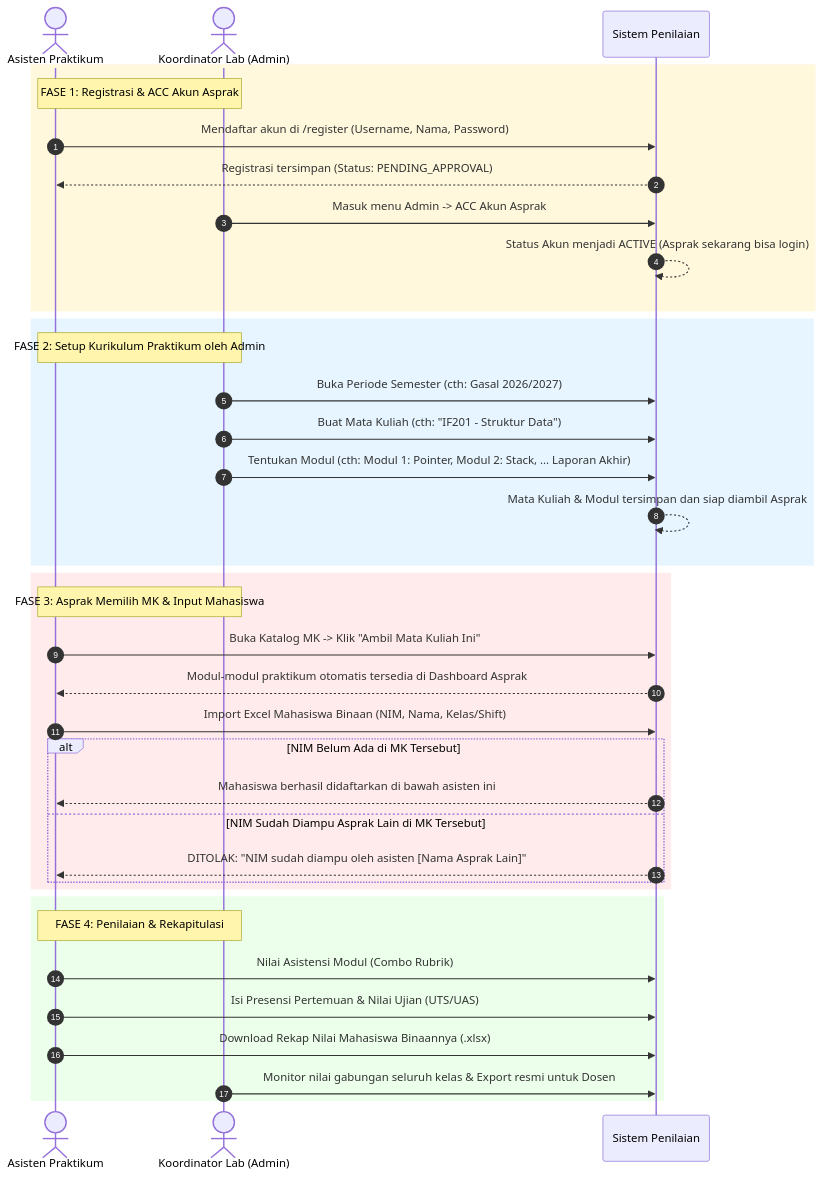
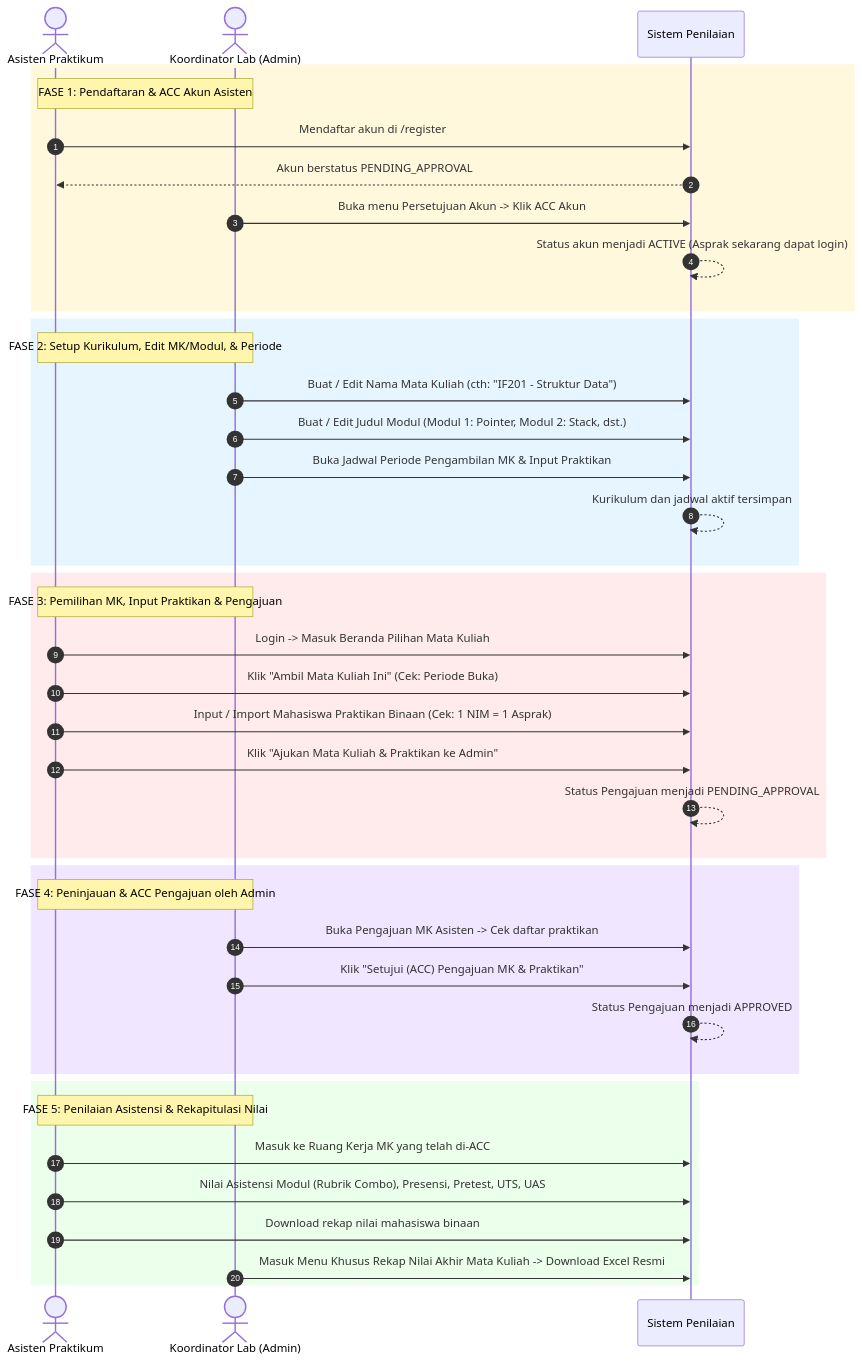
One commit to muhammadyusri121/penilaian_asistensi changed the diagram in PRD.md. Above: the diagram before and after it, drawn with Mermaid. The commit also changed other lines of this file and 39 other files, not shown here.

````diff
--- a/PRD.md
+++ b/PRD.md
@@ -73,47 +99,52 @@
 ```mermaid
 sequenceDiagram
     autonumber
     actor Asprak as Asisten Praktikum
     actor Admin as Koordinator Lab (Admin)
     participant App as Sistem Penilaian
 
-    %% FASE 1
+    %% FASE 1: Registrasi Akun
     rect rgb(255, 248, 220)
-    Note over Asprak,Admin: FASE 1: Registrasi & ACC Akun Asprak
-    Asprak->>App: Mendaftar akun di /register (Username, Nama, Password)
-    App-->>Asprak: Registrasi tersimpan (Status: PENDING_APPROVAL)
-    Admin->>App: Masuk menu Admin -> ACC Akun Asprak
-    App-->>App: Status Akun menjadi ACTIVE (Asprak sekarang bisa login)
+    Note over Asprak,Admin: FASE 1: Pendaftaran & ACC Akun Asisten
+    Asprak->>App: Mendaftar akun di /register
+    App-->>Asprak: Akun berstatus PENDING_APPROVAL
+    Admin->>App: Buka menu Persetujuan Akun -> Klik ACC Akun
+    App-->>App: Status akun menjadi ACTIVE (Asprak sekarang dapat login)
     end
 
-    %% FASE 2
+    %% FASE 2: Kurikulum & Periode oleh Admin
     rect rgb(230, 245, 255)
-    Note over Asprak,Admin: FASE 2: Setup Kurikulum Praktikum oleh Admin
-    Admin->>App: Buka Periode Semester (cth: Gasal 2026/2027)
-    Admin->>App: Buat Mata Kuliah (cth: "IF201 - Struktur Data")
-    Admin->>App: Tentukan Modul (cth: Modul 1: Pointer, Modul 2: Stack, ... Laporan Akhir)
-    App-->>App: Mata Kuliah & Modul tersimpan dan siap diambil Asprak
+    Note over Asprak,Admin: FASE 2: Setup Kurikulum, Edit MK/Modul, & Periode
+    Admin->>App: Buat / Edit Nama Mata Kuliah (cth: "IF201 - Struktur Data")
+    Admin->>App: Buat / Edit Judul Modul (Modul 1: Pointer, Modul 2: Stack, dst.)
+    Admin->>App: Buka Jadwal Periode Pengambilan MK & Input Praktikan
+    App-->>App: Kurikulum dan jadwal aktif tersimpan
     end
 
-    %% FASE 3
+    %% FASE 3: Pengambilan MK & Input Praktikan oleh Asprak
     rect rgb(255, 235, 235)
-    Note over Asprak,Admin: FASE 3: Asprak Memilih MK & Input Mahasiswa
-    Asprak->>App: Buka Katalog MK -> Klik "Ambil Mata Kuliah Ini"
-    App-->>Asprak: Modul-modul praktikum otomatis tersedia di Dashboard Asprak
-    Asprak->>App: Import Excel Mahasiswa Binaan (NIM, Nama, Kelas/Shift)
-    alt NIM Belum Ada di MK Tersebut
-        App-->>Asprak: Mahasiswa berhasil didaftarkan di bawah asisten ini
-    else NIM Sudah Diampu Asprak Lain di MK Tersebut
-        App-->>Asprak: DITOLAK: "NIM sudah diampu oleh asisten [Nama Asprak Lain]"
-    end
+    Note over Asprak,Admin: FASE 3: Pemilihan MK, Input Praktikan & Pengajuan
+    Asprak->>App: Login -> Masuk Beranda Pilihan Mata Kuliah
+    Asprak->>App: Klik "Ambil Mata Kuliah Ini" (Cek: Periode Buka)
+    Asprak->>App: Input / Import Mahasiswa Praktikan Binaan (Cek: 1 NIM = 1 Asprak)
+    Asprak->>App: Klik "Ajukan Mata Kuliah & Praktikan ke Admin"
+    App-->>App: Status Pengajuan menjadi PENDING_APPROVAL
     end
 
-    %% FASE 4
+    %% FASE 4: ACC Pengajuan oleh Admin
+    rect rgb(240, 230, 255)
+    Note over Asprak,Admin: FASE 4: Peninjauan & ACC Pengajuan oleh Admin
+    Admin->>App: Buka Pengajuan MK Asisten -> Cek daftar praktikan
+    Admin->>App: Klik "Setujui (ACC) Pengajuan MK & Praktikan"
+    App-->>App: Status Pengajuan menjadi APPROVED
+    end
+
+    %% FASE 5: Penilaian Asistensi & Rekap Nilai
     rect rgb(235, 255, 235)
-    Note over Asprak,Admin: FASE 4: Penilaian & Rekapitulasi
-    Asprak->>App: Nilai Asistensi Modul (Combo Rubrik)
-    Asprak->>App: Isi Presensi Pertemuan & Nilai Ujian (UTS/UAS)
-    Asprak->>App: Download Rekap Nilai Mahasiswa Binaannya (.xlsx)
-    Admin->>App: Monitor nilai gabungan seluruh kelas & Export resmi untuk Dosen
+    Note over Asprak,Admin: FASE 5: Penilaian Asistensi & Rekapitulasi Nilai
+    Asprak->>App: Masuk ke Ruang Kerja MK yang telah di-ACC
+    Asprak->>App: Nilai Asistensi Modul (Rubrik Combo), Presensi, Pretest, UTS, UAS
+    Asprak->>App: Download rekap nilai mahasiswa binaan
+    Admin->>App: Masuk Menu Khusus Rekap Nilai Akhir Mata Kuliah -> Download Excel Resmi
     end
 ```
````
